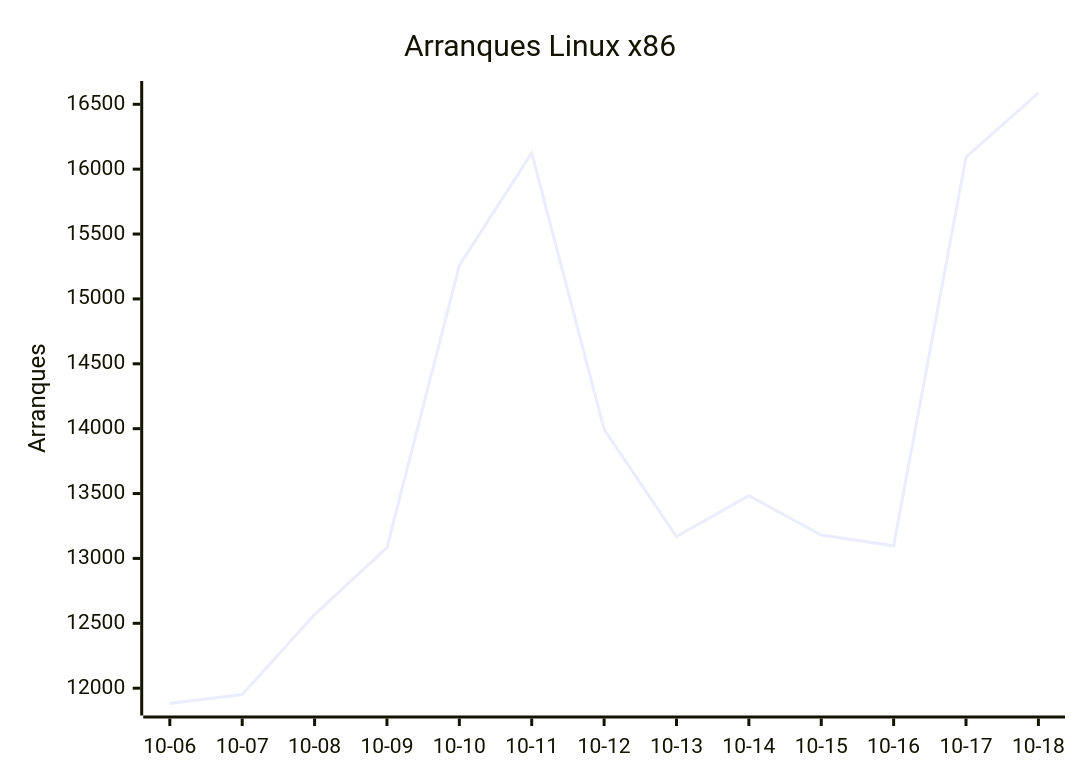
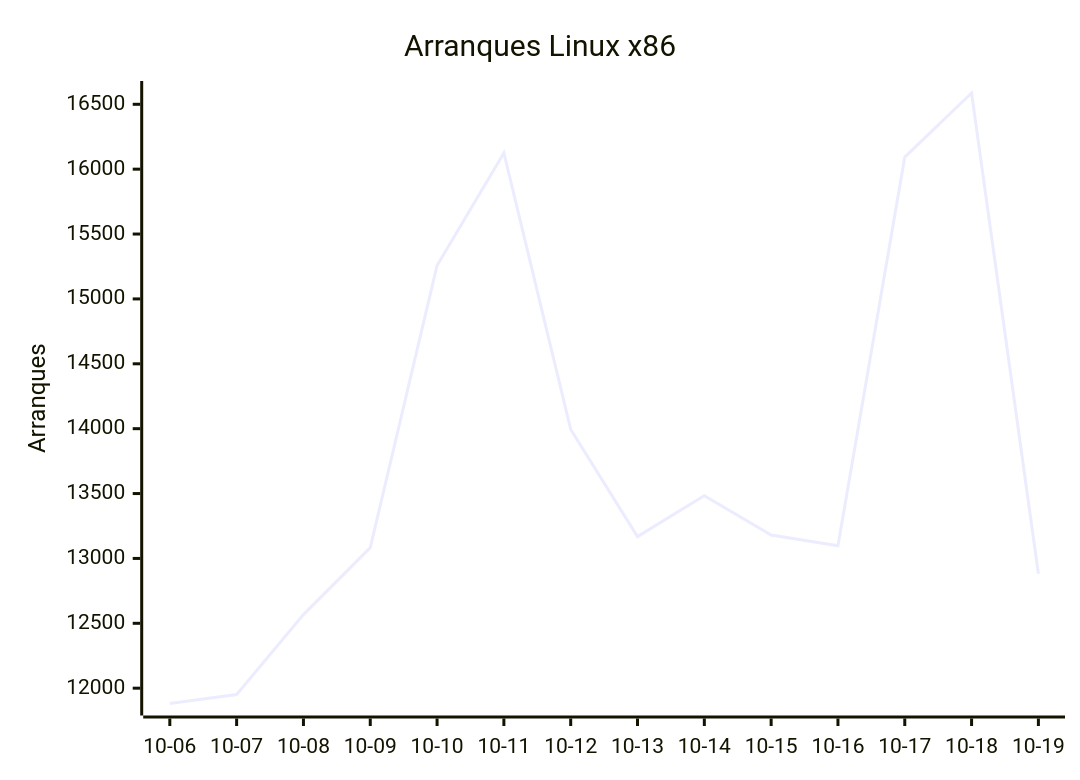
One commit to EmuDeck/stats changed the first of 8 diagrams in README.md. Above: the diagram before and after it, drawn with Mermaid. The commit also changed other lines of this file and 2 other files, not shown here.

````diff
--- a/README.md
+++ b/README.md
@@ -18,7 +18,7 @@
 ```mermaid
 xychart-beta
     title "Arranques Linux x86"
-    x-axis ["10-06", "10-07", "10-08", "10-09", "10-10", "10-11", "10-12", "10-13", "10-14", "10-15", "10-16", "10-17", "10-18"]
+    x-axis ["10-06", "10-07", "10-08", "10-09", "10-10", "10-11", "10-12", "10-13", "10-14", "10-15", "10-16", "10-17", "10-18", "10-19"]
     y-axis "Arranques"
-    line [11882, 11951, 12567, 13083, 15258, 16125, 13994, 13168, 13483, 13181, 13097, 16093, 16587]
+    line [11882, 11951, 12567, 13083, 15258, 16125, 13994, 13168, 13483, 13181, 13097, 16093, 16587, 12882]
 ```
````
